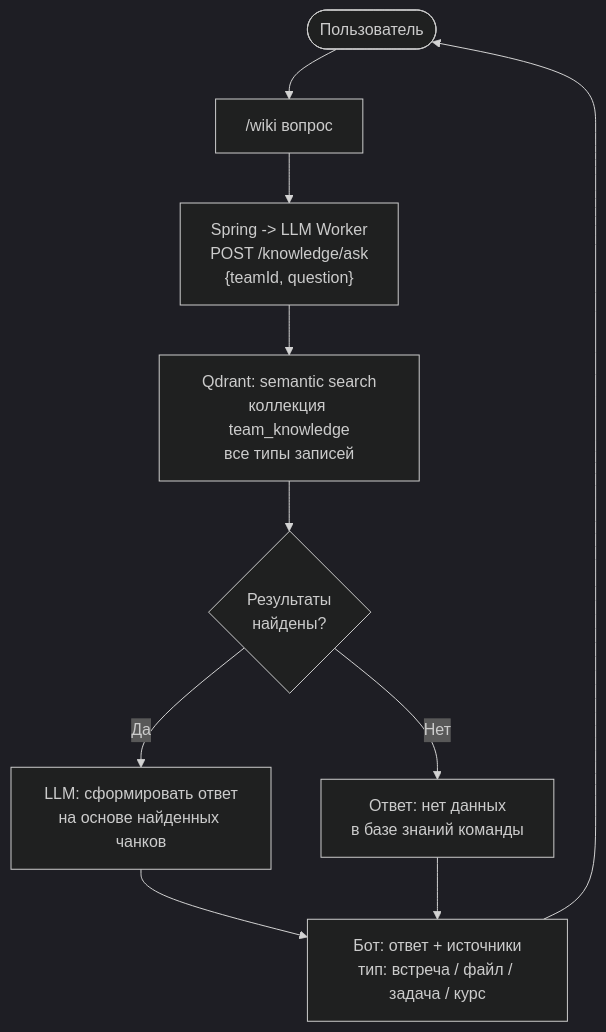
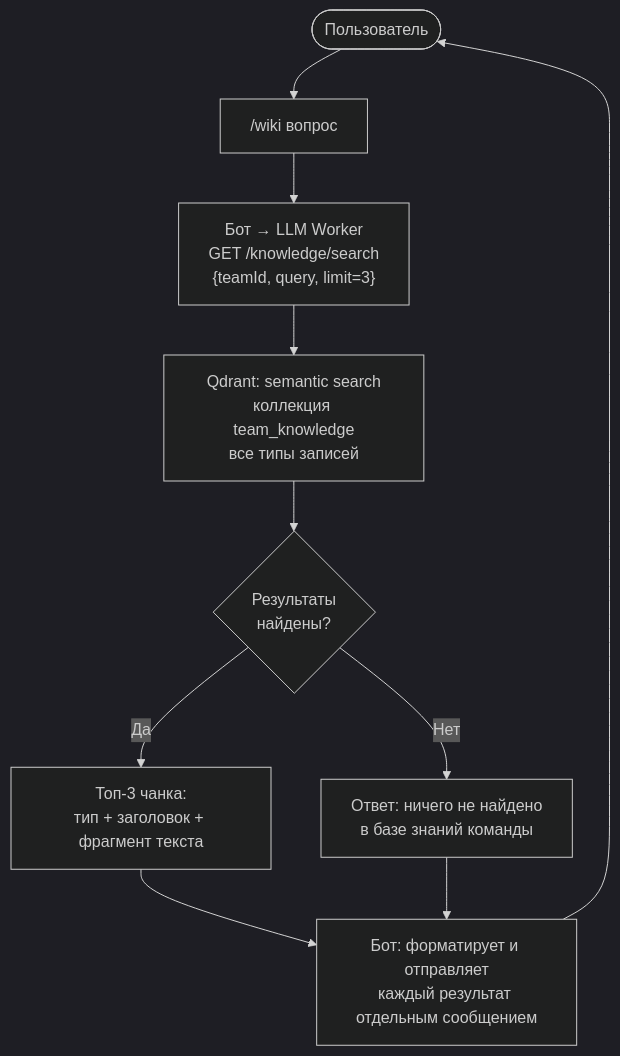
One commit to 42team-ru/teampilot changed diagram 11 of 12 in docs/user-flows.md. Above: the diagram before and after it, drawn with Mermaid (dark theme). The commit also changed 1 other file, not shown here.

Commit message:
:recycle: :memo: fix readme

````diff
--- a/docs/user-flows.md
+++ b/docs/user-flows.md
@@ -378,12 +378,12 @@
 ```mermaid
 flowchart TD
     A([Пользователь]) --> B["/wiki вопрос"]
-    B --> C["Spring -> LLM Worker\nPOST /knowledge/ask\n{teamId, question}"]
+    B --> C["Бот → LLM Worker\nGET /knowledge/search\n{teamId, query, limit=3}"]
     C --> D["Qdrant: semantic search\nколлекция team_knowledge\nвсе типы записей"]
     D --> E{Результаты\nнайдены?}
-    E -->|Да| F["LLM: сформировать ответ\nна основе найденных чанков"]
-    E -->|Нет| G["Ответ: нет данных\nв базе знаний команды"]
-    F --> H["Бот: ответ + источники\nтип: встреча / файл / задача / курс"]
+    E -->|Да| F["Топ-3 чанка:\nтип + заголовок + фрагмент текста"]
+    E -->|Нет| G["Ответ: ничего не найдено\nв базе знаний команды"]
+    F --> H["Бот: форматирует и отправляет\nкаждый результат отдельным сообщением"]
     G --> H
     H --> A
 ```
````
